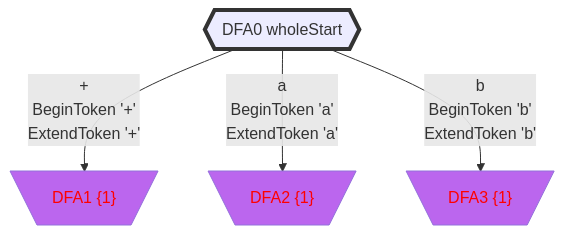
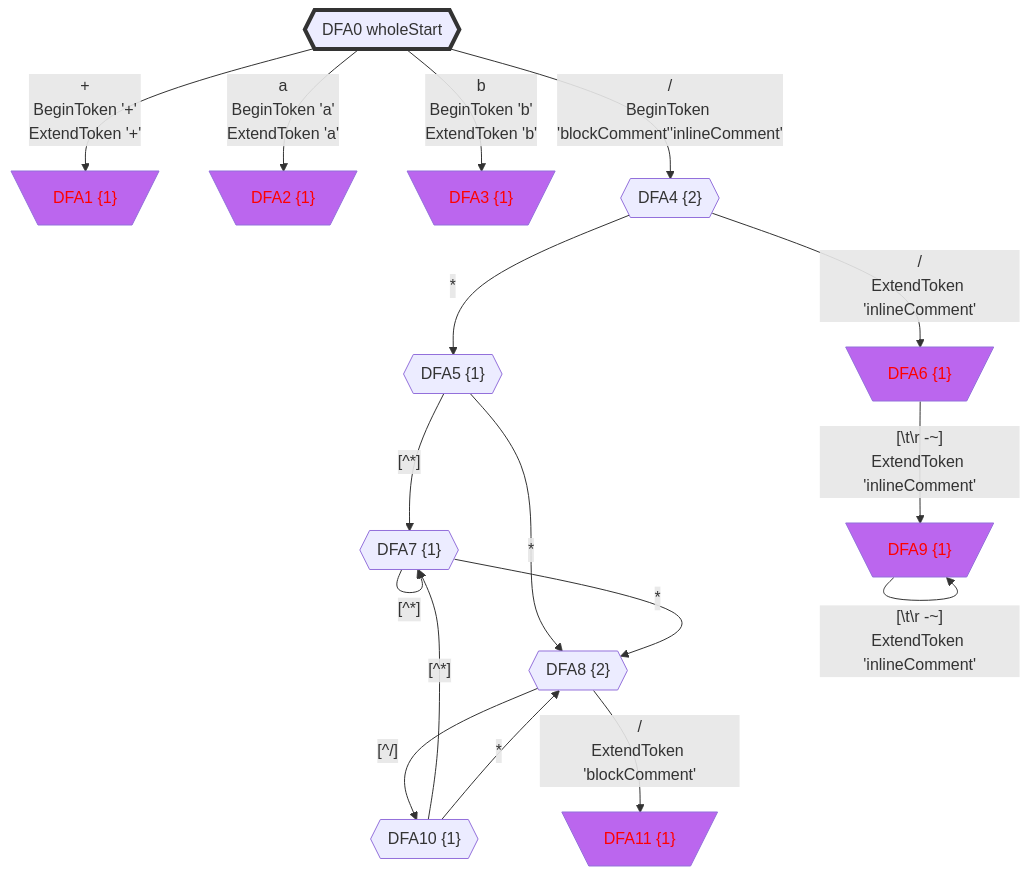
One commit to bitzhuwei/GrammarMentor changed the first of 5 diagrams in Practices/Practice.GeneratedXxxFormat.Test/GeneratedABB/doc/README-full.gen.md. Above: the diagram before and after it, drawn with Mermaid. The commit also changed other lines of this file and 3868 other files, not shown here.

````diff
--- a/Practices/Practice.GeneratedXxxFormat.Test/GeneratedABB/doc/README-full.gen.md
+++ b/Practices/Practice.GeneratedXxxFormat.Test/GeneratedABB/doc/README-full.gen.md
@@ -18,36 +18,65 @@
 ```Mermaid
 flowchart
 classDef c0001 color:#FF0000;
 classDef c0010 stroke-dasharray: 10 10;
 classDef c0011 stroke-dasharray: 10 10,color:#FF0000;
 classDef c0100 fill:#BB66EE;
 classDef c0101 fill:#BB66EE,color:#FF0000;
 classDef c0110 fill:#BB66EE,stroke-dasharray: 10 10;
 classDef c0111 fill:#BB66EE,stroke-dasharray: 10 10,color:#FF0000;
 classDef c1000 stroke:#333,stroke-width:4px;
 classDef c1001 stroke:#333,stroke-width:4px,color:#FF0000;
 classDef c1010 stroke:#333,stroke-width:4px,stroke-dasharray: 10 10;
 classDef c1011 stroke:#333,stroke-width:4px,stroke-dasharray: 10 10,color:#FF0000;
 classDef c1100 stroke:#333,stroke-width:4px,fill:#BB66EE;
 classDef c1101 stroke:#333,stroke-width:4px,fill:#BB66EE,color:#FF0000;
 classDef c1110 stroke:#333,stroke-width:4px,fill:#BB66EE,stroke-dasharray: 10 10;
 classDef c1111 stroke:#333,stroke-width:4px,fill:#BB66EE,stroke-dasharray: 10 10,color:#FF0000;
-DFA0_1303046169{{"DFA0 wholeStart"}}
-class DFA0_1303046169 c1000;
-DFA1_642929875[\"DFA1 {1}"/]
-class DFA1_642929875 c0101;
-DFA2_1083584447[\"DFA2 {1}"/]
-class DFA2_1083584447 c0101;
-DFA3_924445311[\"DFA3 {1}"/]
-class DFA3_924445311 c0101;
-DFA0_1303046169 -->|"+
+DFA0_-145138233{{"DFA0 wholeStart"}}
+class DFA0_-145138233 c1000;
+DFA1_858262531[\"DFA1 {1}"/]
+class DFA1_858262531 c0101;
+DFA2_-1456802818[\"DFA2 {1}"/]
+class DFA2_-1456802818 c0101;
+DFA3_-1846132672[\"DFA3 {1}"/]
+class DFA3_-1846132672 c0101;
+DFA4_1647248238{{"DFA4 {2}"}}
+DFA5_-1056910773{{"DFA5 {1}"}}
+DFA6_1888404948[\"DFA6 {1}"/]
+class DFA6_1888404948 c0101;
+DFA7_-1533072777{{"DFA7 {1}"}}
+DFA8_608653625{{"DFA8 {2}"}}
+DFA9_-1539186643[\"DFA9 {1}"/]
+class DFA9_-1539186643 c0101;
+DFA10_249229384{{"DFA10 {1}"}}
+DFA11_-1148494017[\"DFA11 {1}"/]
+class DFA11_-1148494017 c0101;
+DFA0_-145138233 -->|"+
 BeginToken '+'
-ExtendToken '+'"|DFA1_642929875
-DFA0_1303046169 -->|"a
+ExtendToken '+'"|DFA1_858262531
+DFA0_-145138233 -->|"a
 BeginToken 'a'
-ExtendToken 'a'"|DFA2_1083584447
-DFA0_1303046169 -->|"b
+ExtendToken 'a'"|DFA2_-1456802818
+DFA0_-145138233 -->|"b
 BeginToken 'b'
-ExtendToken 'b'"|DFA3_924445311
+ExtendToken 'b'"|DFA3_-1846132672
+DFA0_-145138233 -->|"/
+BeginToken 'blockComment''inlineComment'"|DFA4_1647248238
+DFA4_1647248238 -->|"*"|DFA5_-1056910773
+DFA4_1647248238 -->|"/
+ExtendToken 'inlineComment'"|DFA6_1888404948
+DFA5_-1056910773 -->|"[^*]"|DFA7_-1533072777
+DFA5_-1056910773 -->|"*"|DFA8_608653625
+DFA6_1888404948 -->|"[#92;t#92;r#32;-~]
+ExtendToken 'inlineComment'"|DFA9_-1539186643
+DFA7_-1533072777 -->|"[^*]"|DFA7_-1533072777
+DFA7_-1533072777 -->|"*"|DFA8_608653625
+DFA8_608653625 -->|"[^/]"|DFA10_249229384
+DFA8_608653625 -->|"/
+ExtendToken 'blockComment'"|DFA11_-1148494017
+DFA9_-1539186643 -->|"[#92;t#92;r#32;-~]
+ExtendToken 'inlineComment'"|DFA9_-1539186643
+DFA10_249229384 -->|"[^*]"|DFA7_-1533072777
+DFA10_249229384 -->|"*"|DFA8_608653625
 
 ```
````
